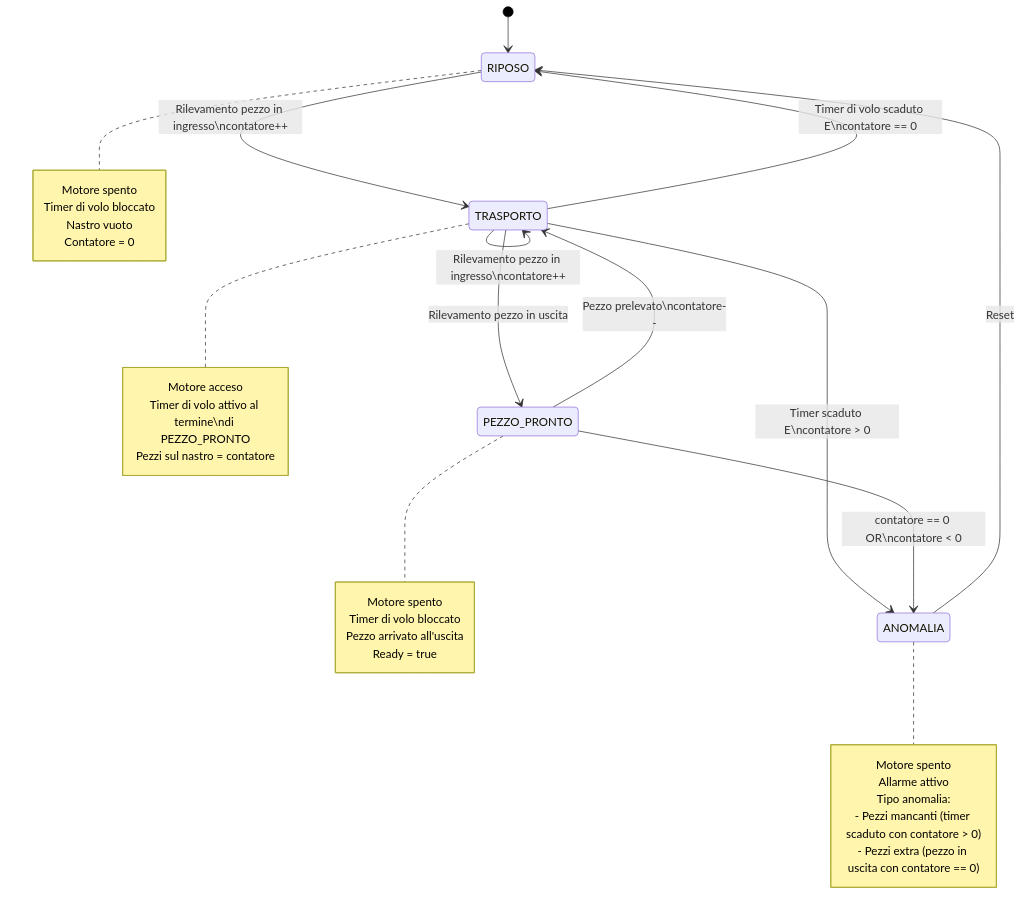
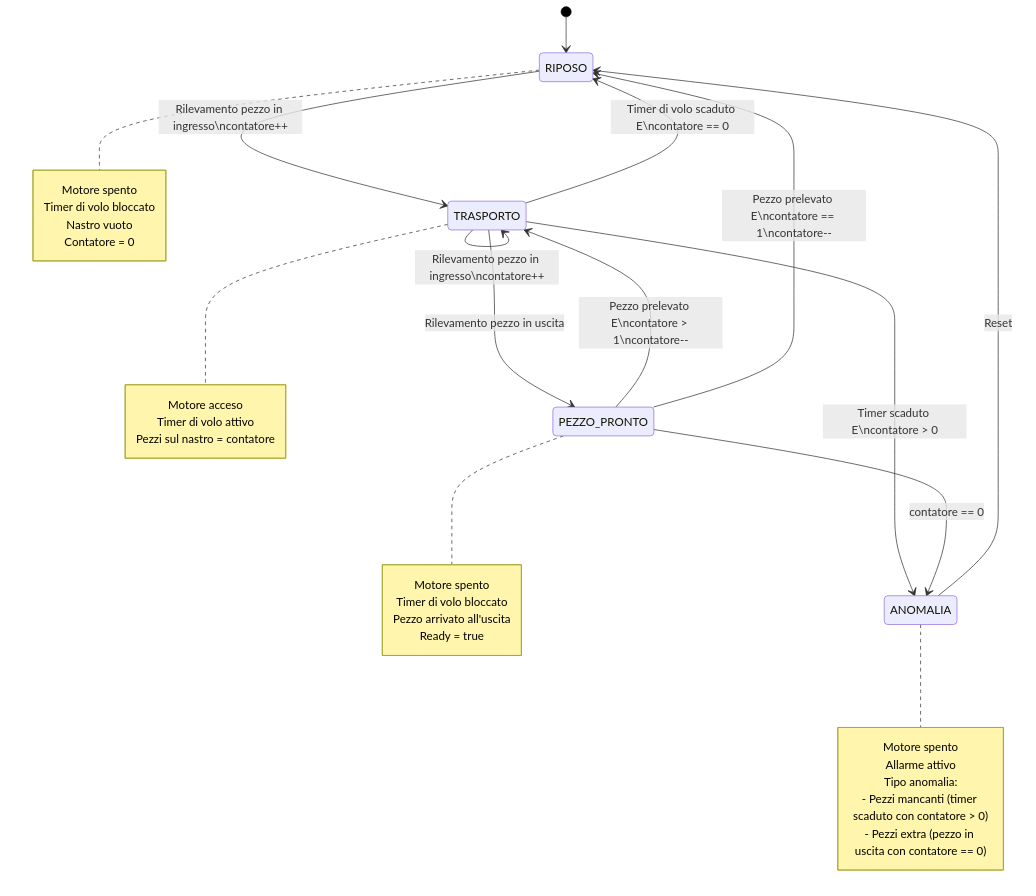
Before and after one commit to sebastianomelita/ArduinoBareMetal: the diagram in nastrocont.md, drawn with Mermaid.

````diff
--- a/nastrocont.md
+++ b/nastrocont.md
@@ -44,46 +44,47 @@
 ```mermaid
 %%{init: {'theme': 'default', 'themeVariables': { 'primaryColor': '#ffffff', 'primaryTextColor': '#000000', 'primaryBorderColor': '#000000', 'lineColor': '#000000', 'secondaryColor': '#f4f4f4', 'tertiaryColor': '#ffffff' }}}%%
 stateDiagram-v2
     [*] --> RIPOSO
 
     RIPOSO --> TRASPORTO: Rilevamento pezzo in ingresso\ncontatore++
     
     TRASPORTO --> TRASPORTO: Rilevamento pezzo in ingresso\ncontatore++
     TRASPORTO --> PEZZO_PRONTO: Rilevamento pezzo in uscita
     TRASPORTO --> ANOMALIA: Timer scaduto E\ncontatore > 0
     
-    PEZZO_PRONTO --> TRASPORTO: Pezzo prelevato\ncontatore--
-    PEZZO_PRONTO --> ANOMALIA: contatore == 0 OR\ncontatore < 0
+    PEZZO_PRONTO --> TRASPORTO: Pezzo prelevato E\ncontatore > 1\ncontatore--
+    PEZZO_PRONTO --> RIPOSO: Pezzo prelevato E\ncontatore == 1\ncontatore--
+    PEZZO_PRONTO --> ANOMALIA: contatore == 0
     
     TRASPORTO --> RIPOSO: Timer di volo scaduto E\ncontatore == 0
     
     ANOMALIA --> RIPOSO: Reset
     
     note right of RIPOSO
         Motore spento
         Timer di volo bloccato
         Nastro vuoto
         Contatore = 0
     end note
     
     note right of TRASPORTO
         Motore acceso
-        Timer di volo attivo al termine\ndi PEZZO_PRONTO
+        Timer di volo attivo
         Pezzi sul nastro = contatore
     end note
     
     note right of PEZZO_PRONTO
         Motore spento
         Timer di volo bloccato
         Pezzo arrivato all'uscita
         Ready = true
     end note
     
     note right of ANOMALIA
         Motore spento
         Allarme attivo
         Tipo anomalia:
         - Pezzi mancanti (timer scaduto con contatore > 0)
         - Pezzi extra (pezzo in uscita con contatore == 0)
     end note
 ```
````
